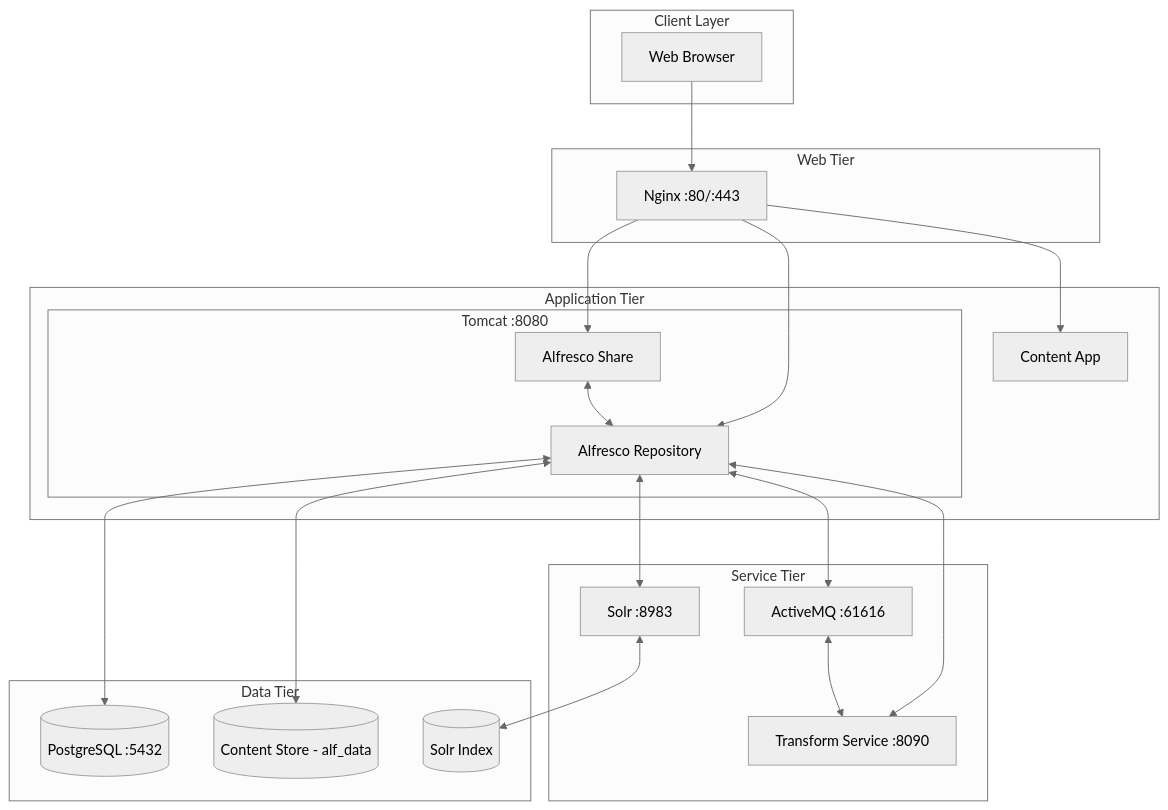
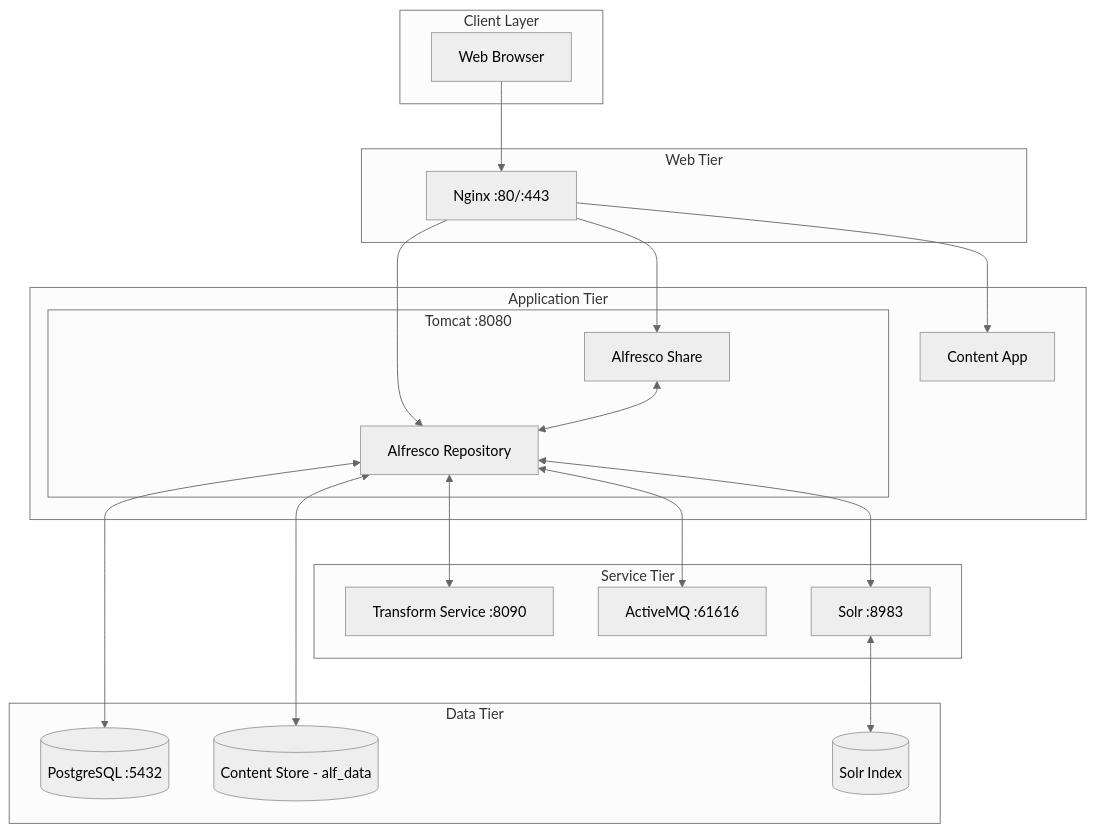
One commit to aborroy/alfresco-ubuntu-installer changed the first of 7 diagrams in README.md. Above: the diagram before and after it, drawn with Mermaid (neutral theme).

````diff
--- a/README.md
+++ b/README.md
@@ -13,45 +13,44 @@
 ```mermaid
 flowchart TB
     subgraph client["Client Layer"]
         browser["Web Browser"]
     end
 
     subgraph web["Web Tier"]
         nginx["Nginx :80/:443"]
     end
 
     subgraph app["Application Tier"]
         subgraph tomcat["Tomcat :8080"]
             alfresco["Alfresco Repository"]
             share["Alfresco Share"]
         end
         aca["Content App"]
     end
 
     subgraph services["Service Tier"]
         transform["Transform Service :8090"]
         activemq["ActiveMQ :61616"]
         solr["Solr :8983"]
     end
 
     subgraph data["Data Tier"]
         postgres[("PostgreSQL :5432")]
         contentstore[("Content Store - alf_data")]
         solrindex[("Solr Index")]
     end
 
     browser --> nginx
     nginx --> aca
     nginx --> alfresco
     nginx --> share
     
     alfresco <--> postgres
     alfresco <--> contentstore
     alfresco <--> activemq
     alfresco <--> solr
     alfresco <--> transform
     
-    activemq <--> transform
     solr <--> solrindex
     share <--> alfresco
 ```
````
